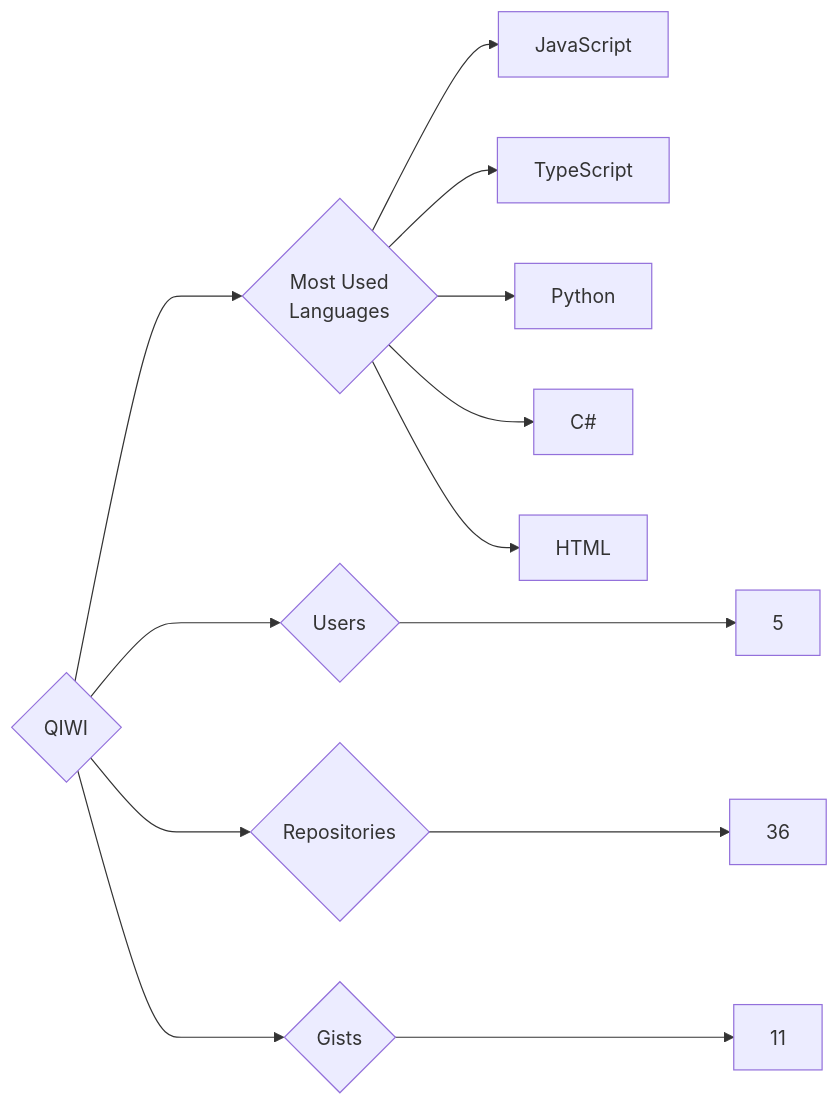
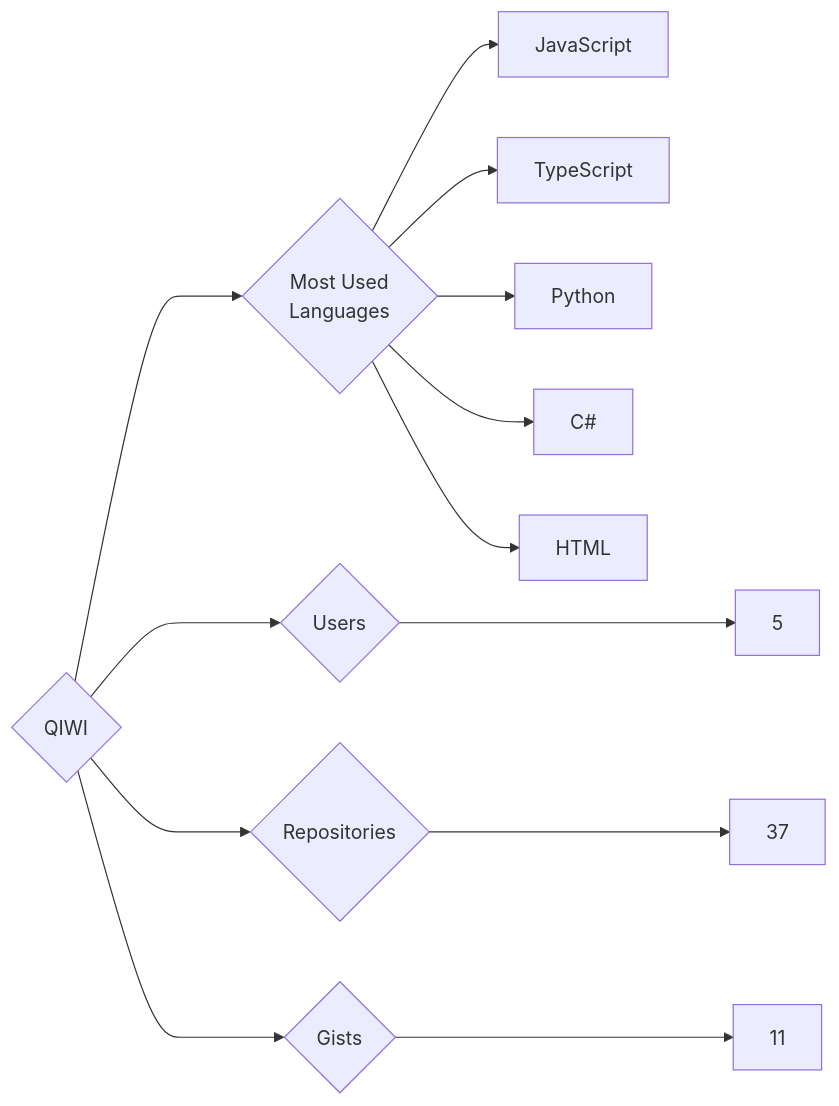
Before and after one commit to trickest/insiders: the diagram in targets/QIWI/README.md, drawn with Mermaid. The commit also changed 835 other files, not shown here.

````diff
--- a/targets/QIWI/README.md
+++ b/targets/QIWI/README.md
@@ -3,13 +3,13 @@
 ```mermaid
 graph LR
 COMPANY_NAME{QIWI}
 COMPANY_NAME ---> U{Users} ---> UN[5]
-COMPANY_NAME ---> R{Repositories} ---> RN[36]
+COMPANY_NAME ---> R{Repositories} ---> RN[37]
 COMPANY_NAME ---> G{Gists} ---> GN[11]
 COMPANY_NAME ---> ML{Most Used<br>Languages}
 ML --> JavaScript[JavaScript]
 ML --> TypeScript[TypeScript]
 ML --> Python[Python]
 ML --> C#[C#]
 ML --> HTML[HTML]
 ```
````
